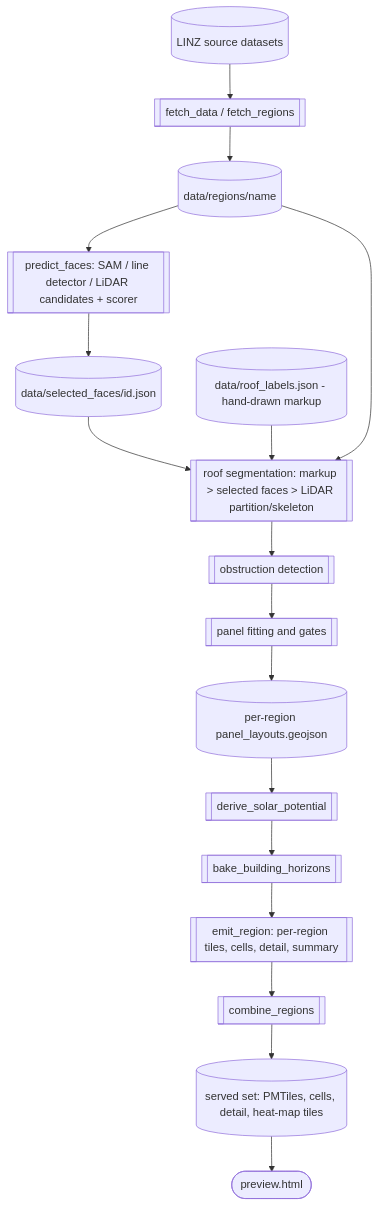
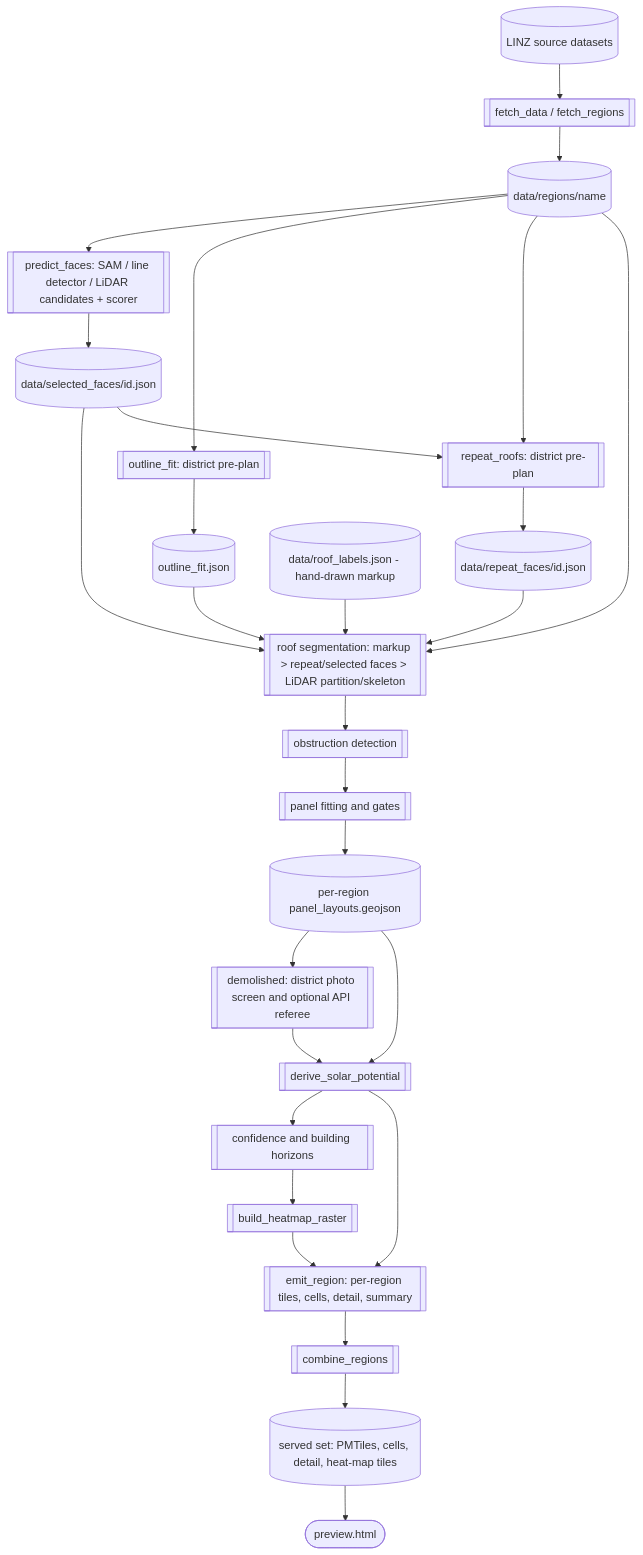
Before and after one commit to rewiring-nz/nz-solar-potential: the diagram in docs/developers/architecture.md, drawn with Mermaid. The commit also changed other lines of this file and 15 other files, not shown here.

Commit message:
Update architecture documentation and diagrams to help implementers

````diff
--- a/docs/developers/architecture.md
+++ b/docs/developers/architecture.md
@@ -13,19 +21,30 @@
 ```mermaid
 flowchart TB
   LINZ[(LINZ source datasets)] --> Fetch[[fetch_data / fetch_regions]]
   Fetch --> Inputs[(data/regions/name)]
   Inputs --> Vision[[predict_faces: SAM / line detector / LiDAR candidates + scorer]]
   Vision --> Selected[(data/selected_faces/id.json)]
   Selected --> Segment
+  Inputs --> OutlineFit[[outline_fit: district pre-plan]]
+  OutlineFit --> Fitted[(outline_fit.json)]
+  Fitted --> Segment
+  Inputs --> Repeat[[repeat_roofs: district pre-plan]]
+  Selected --> Repeat
+  Repeat --> Repeated[(data/repeat_faces/id.json)]
+  Repeated --> Segment
   Labels[(data/roof_labels.json - hand-drawn markup)] --> Segment
-  Inputs --> Segment[[roof segmentation: markup > selected faces > LiDAR partition/skeleton]]
+  Inputs --> Segment[[roof segmentation: markup > repeat/selected faces > LiDAR partition/skeleton]]
   Segment --> Detect[[obstruction detection]]
   Detect --> Fit[[panel fitting and gates]]
   Fit --> Layouts[(per-region panel_layouts.geojson)]
-  Layouts --> Derive[[derive_solar_potential]]
-  Derive --> Horizon[[bake_building_horizons]]
-  Horizon --> Emit[[emit_region: per-region tiles, cells, detail, summary]]
+  Layouts --> Demolished[[demolished: district photo screen and optional API referee]]
+  Demolished --> Derive[[derive_solar_potential]]
+  Layouts --> Derive
+  Derive --> Horizon[[confidence and building horizons]]
+  Horizon --> Heat[[build_heatmap_raster]]
+  Heat --> Emit[[emit_region: per-region tiles, cells, detail, summary]]
+  Derive --> Emit
   Emit --> Combine[[combine_regions]]
   Combine --> Outputs[(served set: PMTiles, cells, detail, heat-map tiles)]
   Outputs --> Map([preview.html])
 ```
````
